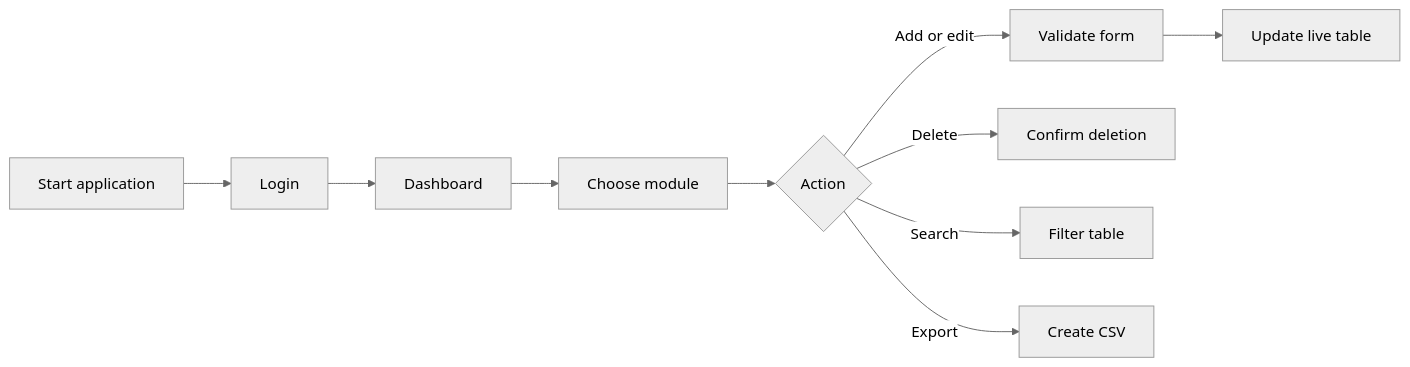
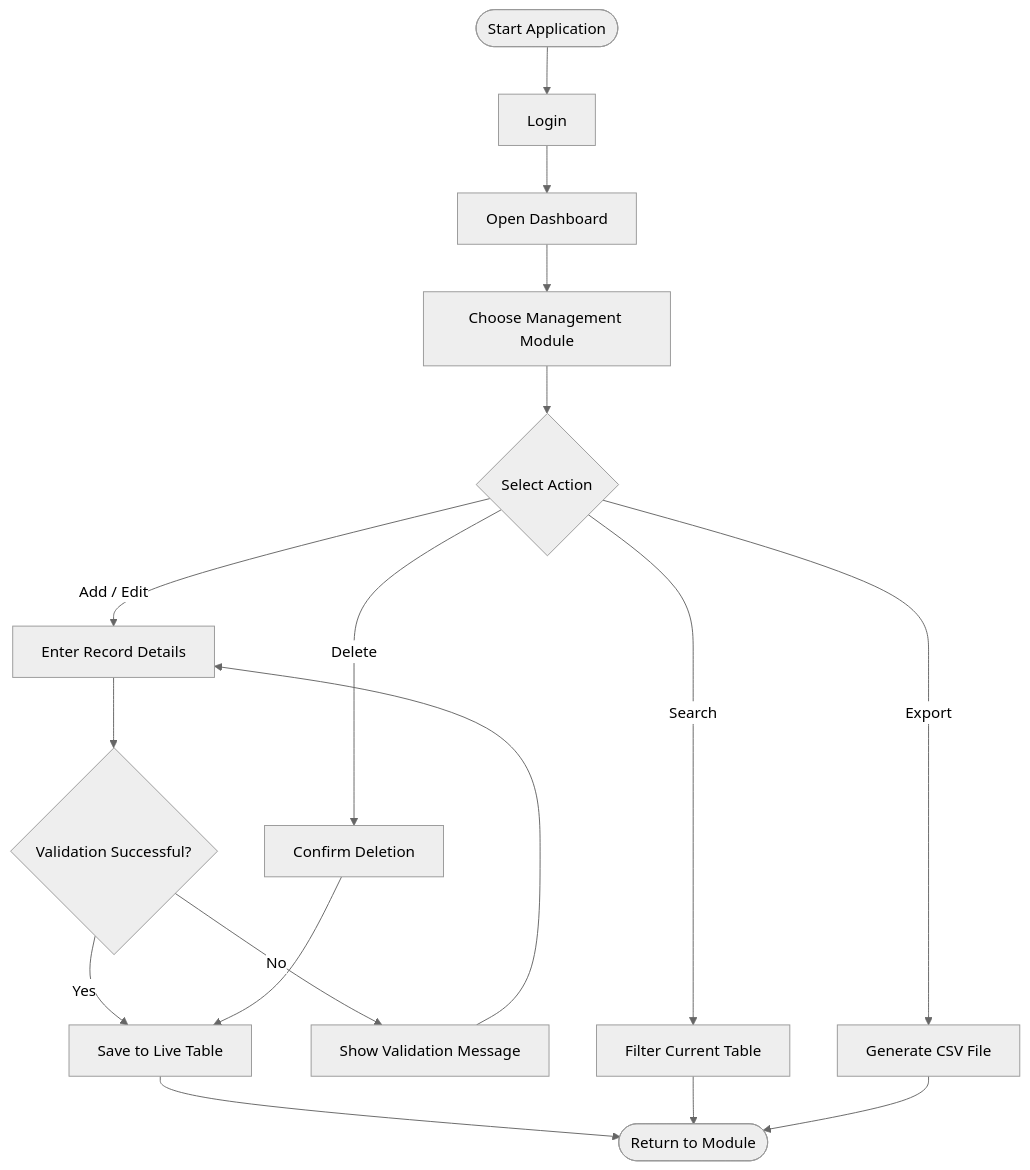
Before and after one commit to prajjwalpandey777/Smart-Hostel-Management-System: the second of 2 diagrams in README.md, drawn with Mermaid (neutral theme). The commit also changed other lines of this file, not shown here.

````diff
--- a/README.md
+++ b/README.md
@@ -118,12 +119,19 @@
 ```mermaid
-flowchart LR
-    A[Start application] --> B[Login]
-    B --> C[Dashboard]
-    C --> D[Choose module]
-    D --> E{Action}
-    E -->|Add or edit| F[Validate form]
-    F --> G[Update live table]
-    E -->|Delete| H[Confirm deletion]
-    E -->|Search| I[Filter table]
-    E -->|Export| J[Create CSV]
+flowchart TD
+    A([Start Application]) --> B[Login]
+    B --> C[Open Dashboard]
+    C --> D[Choose Management Module]
+    D --> E{Select Action}
+    E -->|Add / Edit| F[Enter Record Details]
+    F --> G{Validation Successful?}
+    G -->|Yes| H[Save to Live Table]
+    G -->|No| I[Show Validation Message]
+    I --> F
+    E -->|Delete| J[Confirm Deletion]
+    J --> H
+    E -->|Search| K[Filter Current Table]
+    E -->|Export| L[Generate CSV File]
+    H --> M([Return to Module])
+    K --> M
+    L --> M
 ```
````
